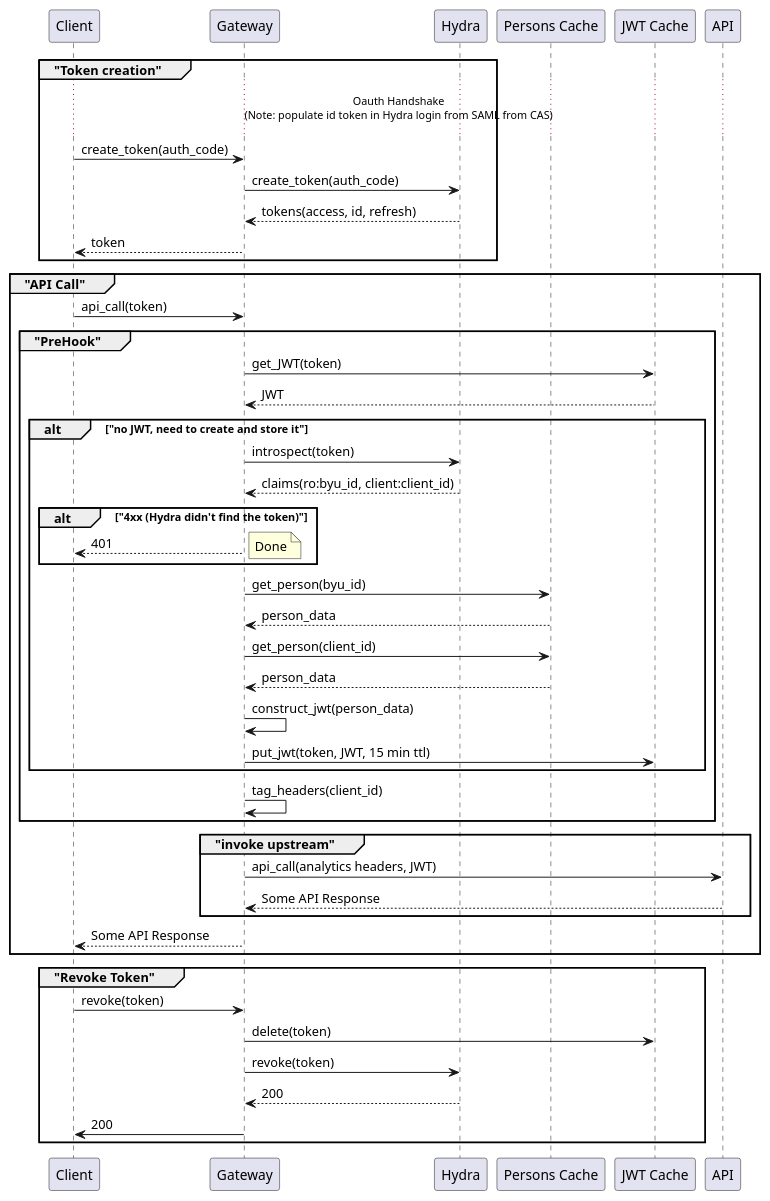
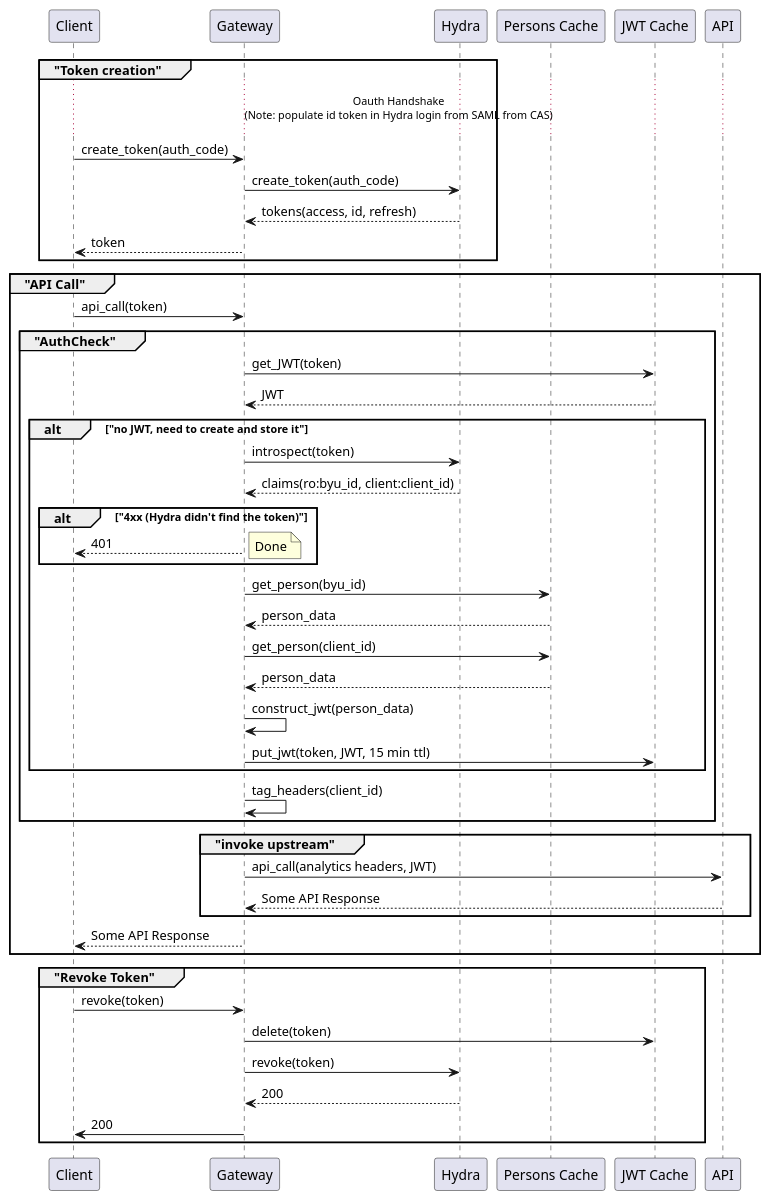
Before and after one commit to byu-oit/tyk-gateway-docker: the diagram in doc/tyk-token-and-jwt.puml, drawn with PlantUML.

Commit message:
AuthCheck

```diff
--- a/doc/tyk-token-and-jwt.puml
+++ b/doc/tyk-token-and-jwt.puml
@@ -1,54 +1,54 @@
 @startuml tyk-token-and-jwt
 
 participant Client as client
 participant Gateway as gw
 participant Hydra as hydra
 participant "Persons Cache" as persons
 participant "JWT Cache" as jwt
 participant API as api
 
 group "Token creation"
     ...Oauth Handshake\n(Note: populate id token in Hydra login from SAML from CAS)...
     client -> gw : create_token(auth_code)
     gw -> hydra : create_token(auth_code)
     hydra --> gw : tokens(access, id, refresh)
     gw --> client : token
 end
 
 group "API Call"
     client -> gw : api_call(token)
-    group "PreHook"
+    group "AuthCheck"
         gw -> jwt : get_JWT(token)
         jwt --> gw : JWT
         alt "no JWT, need to create and store it"
             gw -> hydra : introspect(token)
             hydra --> gw : claims(ro:byu_id, client:client_id)
             alt "4xx (Hydra didn't find the token)"
                 gw --> client : 401
                 note right: Done
             end
             gw -> persons : get_person(byu_id)
             persons --> gw : person_data
             gw -> persons : get_person(client_id)
             persons --> gw : person_data
             gw -> gw : construct_jwt(person_data)
             gw -> jwt : put_jwt(token, JWT, 15 min ttl)
         end
         gw -> gw : tag_headers(client_id)
     end
     group "invoke upstream"
         gw -> api : api_call(analytics headers, JWT)
         api --> gw : Some API Response
     end
     gw --> client : Some API Response
 end
 
 group "Revoke Token"
     client -> gw : revoke(token)
     gw -> jwt : delete(token)
     gw -> hydra : revoke(token)
     hydra --> gw : 200
     gw -> client : 200
 end
 
 @enduml
```
